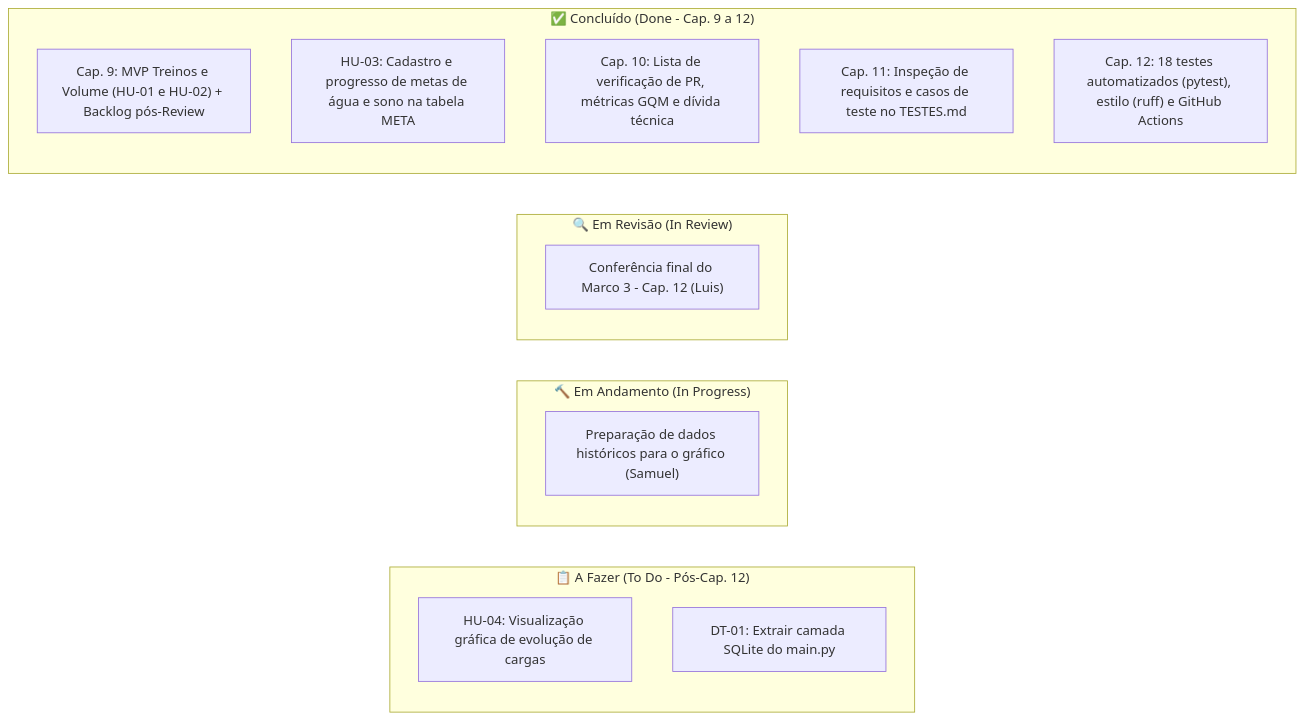
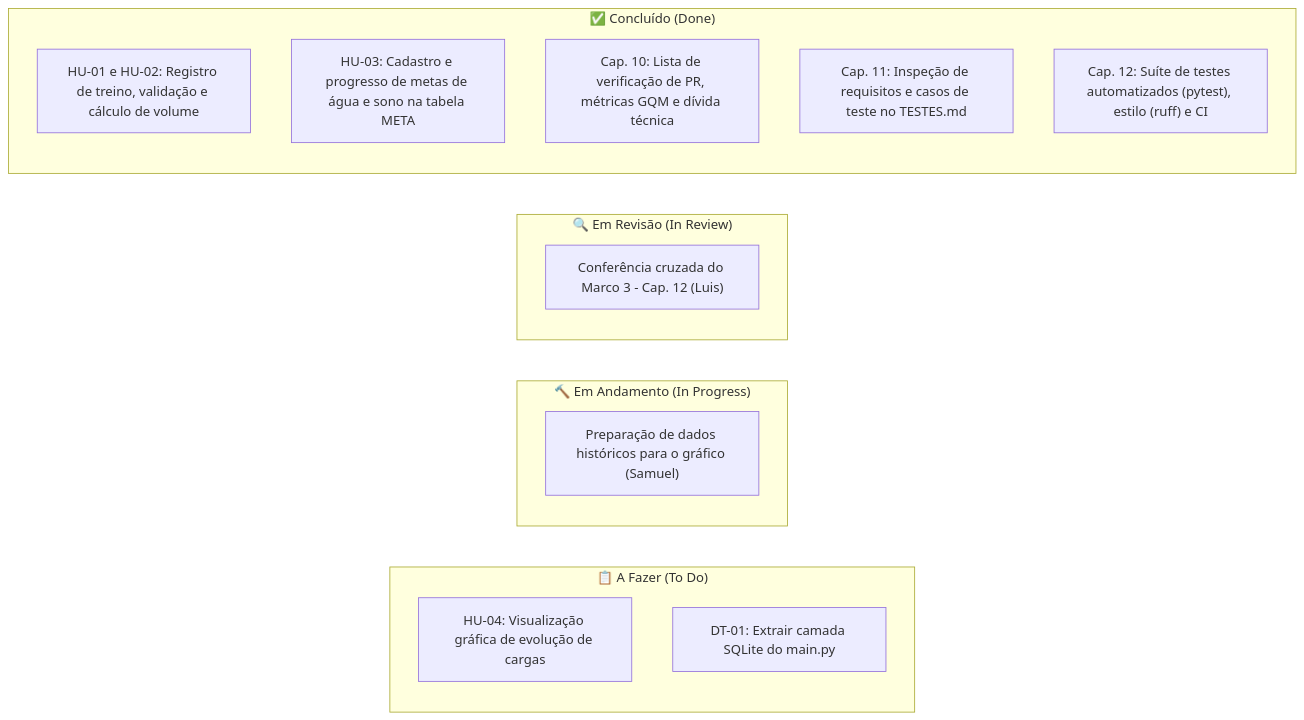
Before and after one commit to luishenriqueanjos/plataforma_saude: the diagram in QUADRO_TAREFAS.md, drawn with Mermaid. The commit also changed other lines of this file, not shown here.

Commit message:
docs: atualiza status das tarefas da iteracao 3 (Cap. 10 a 12)

````diff
--- a/QUADRO_TAREFAS.md
+++ b/QUADRO_TAREFAS.md
@@ -11,23 +11,23 @@
 ```mermaid
 flowchart LR
-  subgraph Todo["📋 A Fazer (To Do - Pós-Cap. 12)"]
+  subgraph Todo["📋 A Fazer (To Do)"]
     T1["HU-04: Visualização gráfica de evolução de cargas"]
     T2["DT-01: Extrair camada SQLite do main.py"]
   end
 
   subgraph InProgress["🔨 Em Andamento (In Progress)"]
     P1["Preparação de dados históricos para o gráfico (Samuel)"]
   end
 
   subgraph InReview["🔍 Em Revisão (In Review)"]
-    R1["Conferência final do Marco 3 - Cap. 12 (Luis)"]
+    R1["Conferência cruzada do Marco 3 - Cap. 12 (Luis)"]
   end
 
-  subgraph Done["✅ Concluído (Done - Cap. 9 a 12)"]
-    D1["Cap. 9: MVP Treinos e Volume (HU-01 e HU-02) + Backlog pós-Review"]
+  subgraph Done["✅ Concluído (Done)"]
+    D1["HU-01 e HU-02: Registro de treino, validação e cálculo de volume"]
     D2["HU-03: Cadastro e progresso de metas de água e sono na tabela META"]
     D3["Cap. 10: Lista de verificação de PR, métricas GQM e dívida técnica"]
     D4["Cap. 11: Inspeção de requisitos e casos de teste no TESTES.md"]
-    D5["Cap. 12: 18 testes automatizados (pytest), estilo (ruff) e GitHub Actions"]
+    D5["Cap. 12: Suíte de testes automatizados (pytest), estilo (ruff) e CI"]
   end
 ```
````
